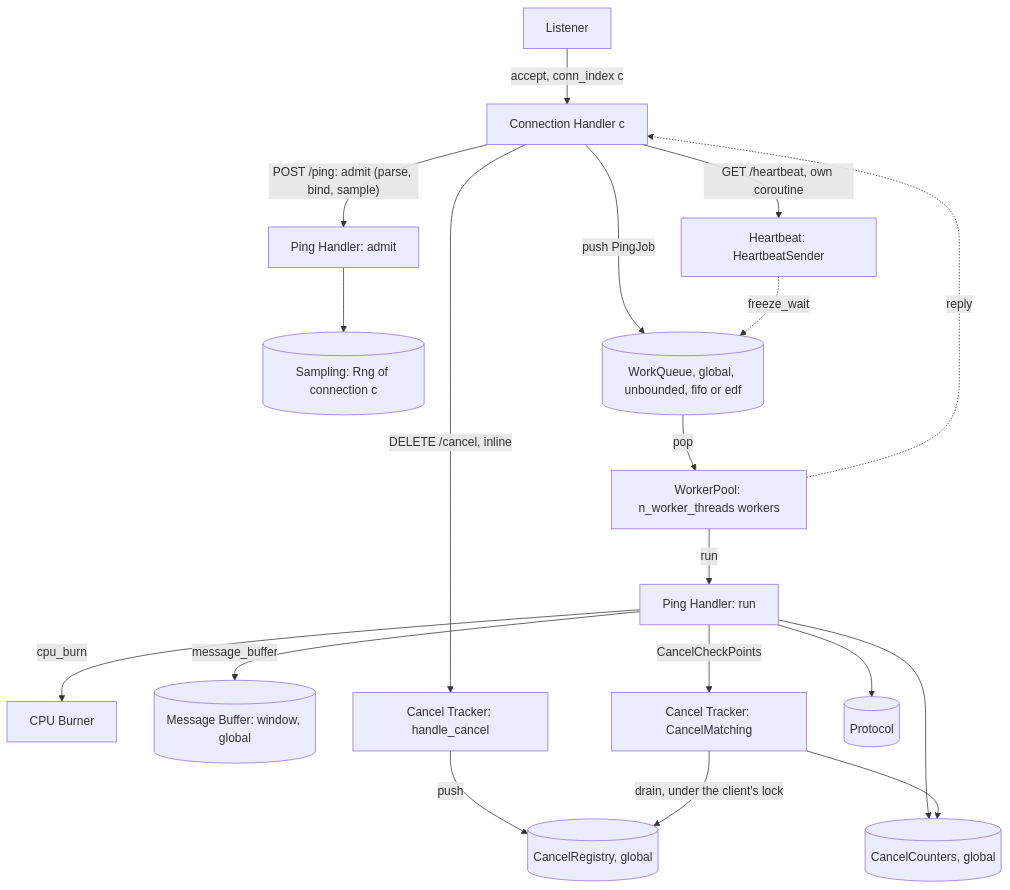
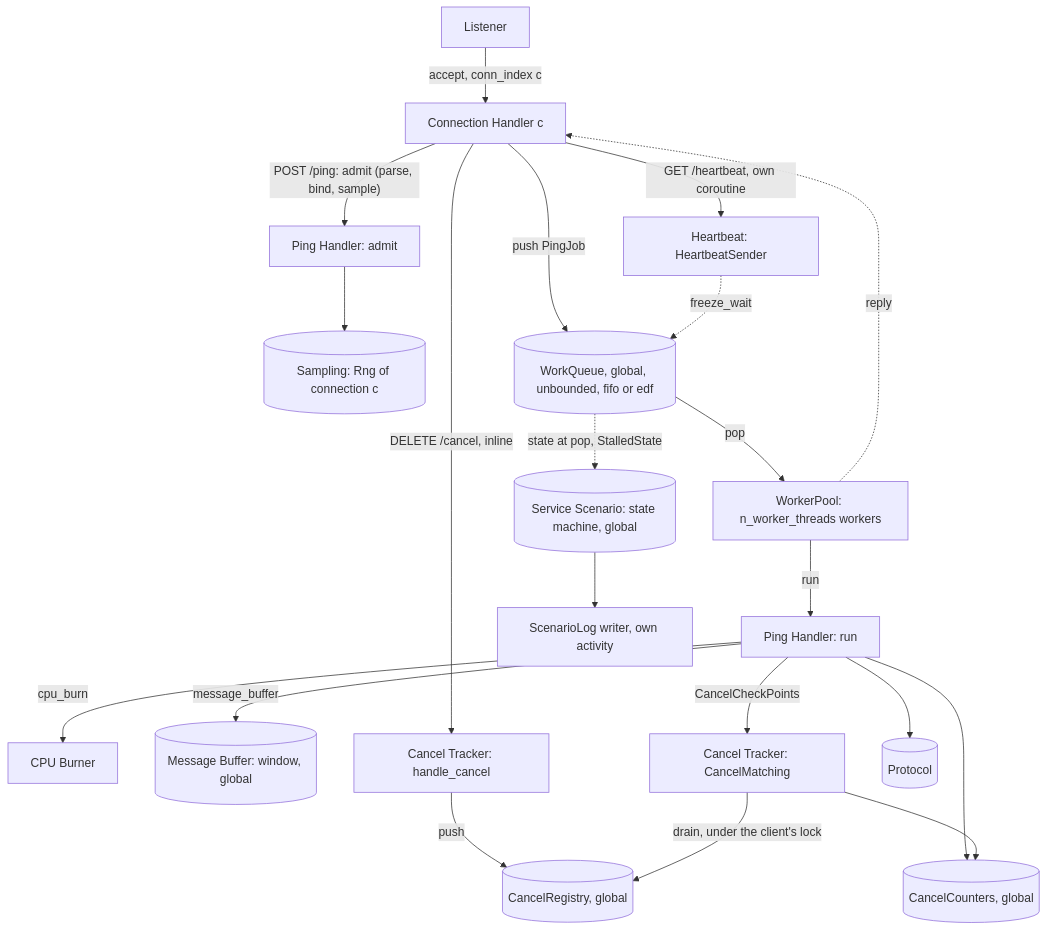
The diagram in abstraction/server/design.md (grapheo12/metastability-cancellation), drawn with Mermaid before and after one commit. The commit also changed other lines of this file and 9 other files, not shown here.

````diff
--- a/abstraction/server/design.md
+++ b/abstraction/server/design.md
@@ -5,21 +5,23 @@
 ```mermaid
 flowchart TD
   L[Listener] -->|accept, conn_index c| CH[Connection Handler c]
   CH -->|"POST /ping: admit (parse, bind, sample)"| PA[Ping Handler: admit]
   PA --> S[(Sampling: Rng of connection c)]
   CH -->|push PingJob| Q[(WorkQueue, global, unbounded, fifo or edf)]
   Q -->|pop| W[WorkerPool: n_worker_threads workers]
   W -->|run| PR[Ping Handler: run]
   PR -->|cpu_burn| CB[CPU Burner]
   PR -->|message_buffer| MB[(Message Buffer: window, global)]
   PR -->|CancelCheckPoints| CM[Cancel Tracker: CancelMatching]
   W -.reply.-> CH
   CH -->|"DELETE /cancel, inline"| HC[Cancel Tracker: handle_cancel]
   CH -->|"GET /heartbeat, own coroutine"| HB[Heartbeat: HeartbeatSender]
   HB -.freeze_wait.-> Q
+  Q -.state at pop, StalledState.-> SC[(Service Scenario: state machine, global)]
+  SC --> SL[ScenarioLog writer, own activity]
   HC -->|push| R[(CancelRegistry, global)]
   CM -->|"drain, under the client's lock"| R
   PR --> P[(Protocol)]
   PR --> K[(CancelCounters, global)]
   CM --> K
 ```
````
